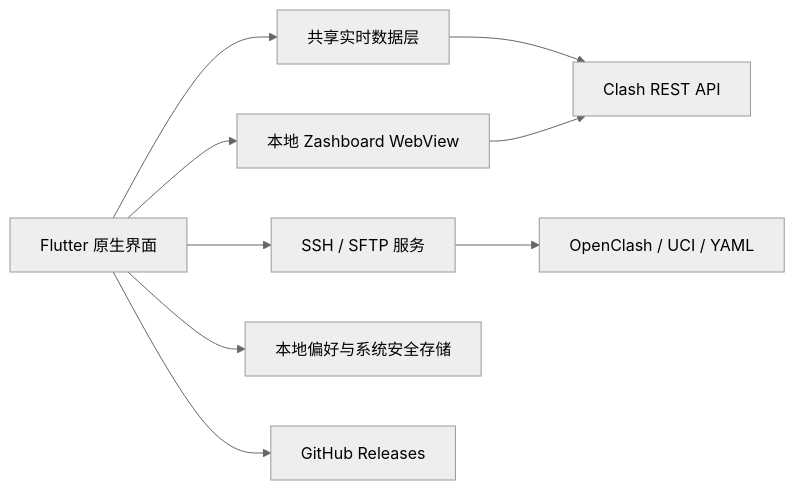
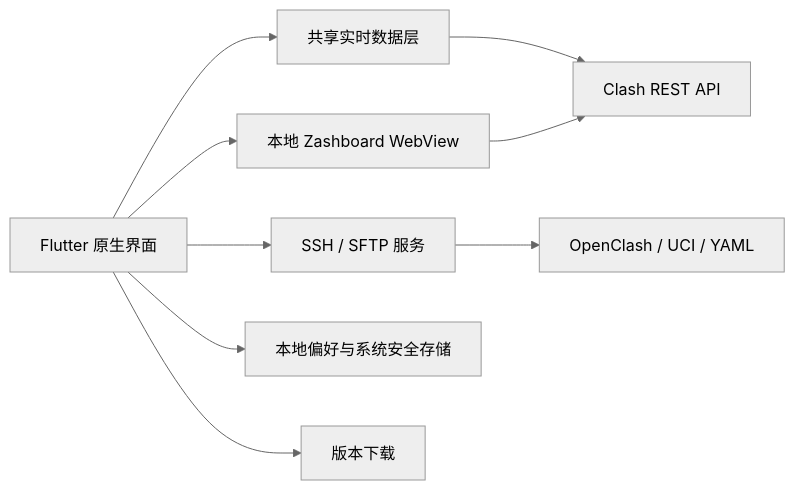
The diagram in README.md (CanMoqiu/Proxly), drawn with Mermaid (neutral theme) before and after one commit. The commit also changed other lines of this file and 48 other files, not shown here.

````diff
--- a/README.md
+++ b/README.md
@@ -42,11 +48,11 @@
 ```mermaid
 flowchart LR
     UI[Flutter 原生界面] --> Hub[共享实时数据层]
     Hub --> API[Clash REST API]
     UI --> Web[本地 Zashboard WebView]
     Web --> API
     UI --> SSH[SSH / SFTP 服务]
     SSH --> OC[OpenClash / UCI / YAML]
     UI --> Store[本地偏好与系统安全存储]
-    UI --> Release[GitHub Releases]
+    UI --> Release[版本下载]
 ```
````
